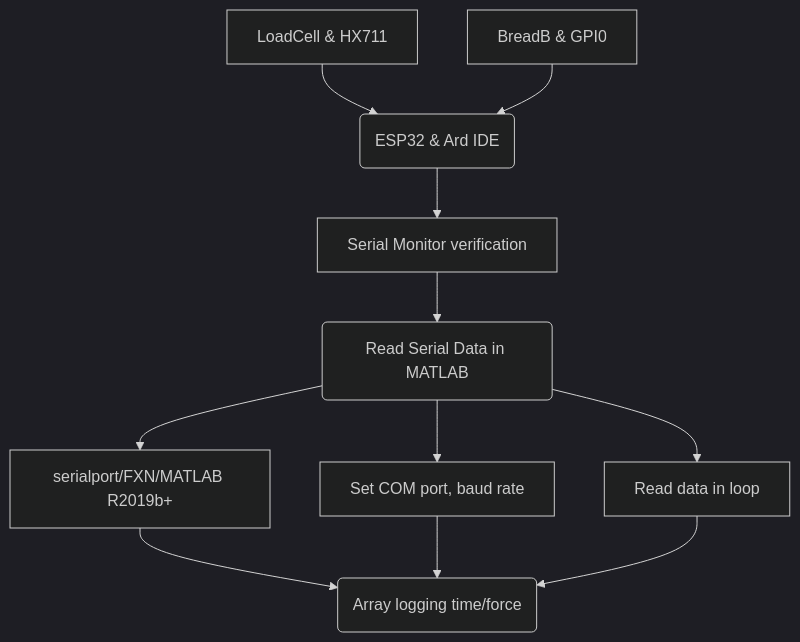
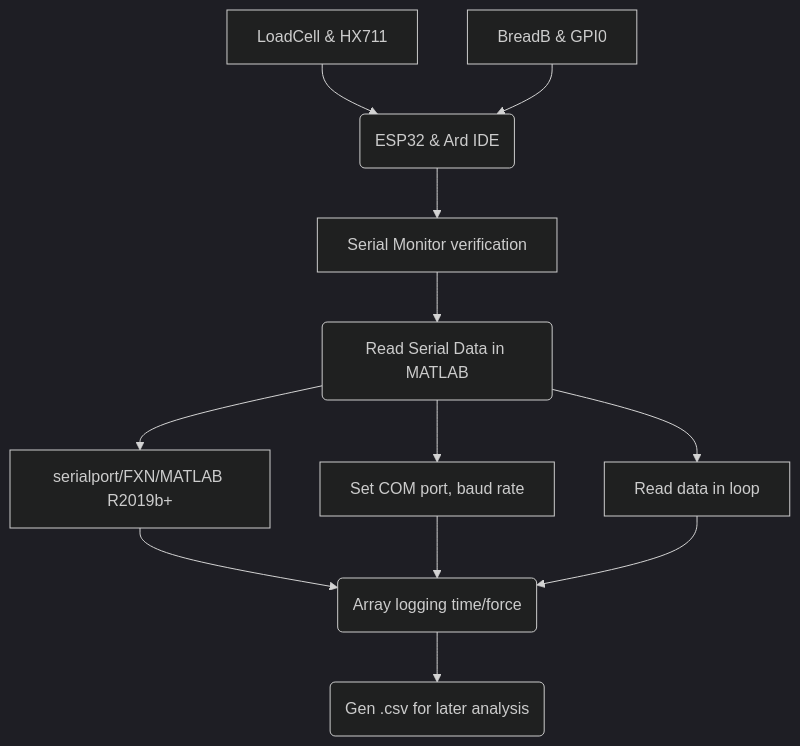
One commit to TF-141-0/IITKRaSET_axial_thrust-Load-cell_amp-plot changed the diagram in README.md. Above: the diagram before and after it, drawn with Mermaid (dark theme).

````diff
--- a/README.md
+++ b/README.md
@@ -4,14 +4,15 @@
 ```mermaid
 flowchart TD
     B[LoadCell & HX711] --> C(ESP32 & Ard IDE)
     A[BreadB & GPI0] --> C
     C --> D[Serial Monitor verification]
     D --> E(Read Serial Data in MATLAB)
     E --> F[serialport/FXN/MATLAB R2019b+]
     E --> G[Set COM port, baud rate]
     E --> H[Read data in loop]
     F --> I(Array logging time/force)
     G --> I
     H --> I
+    I --> J(Gen .csv for later analysis)
    
   ```
````
